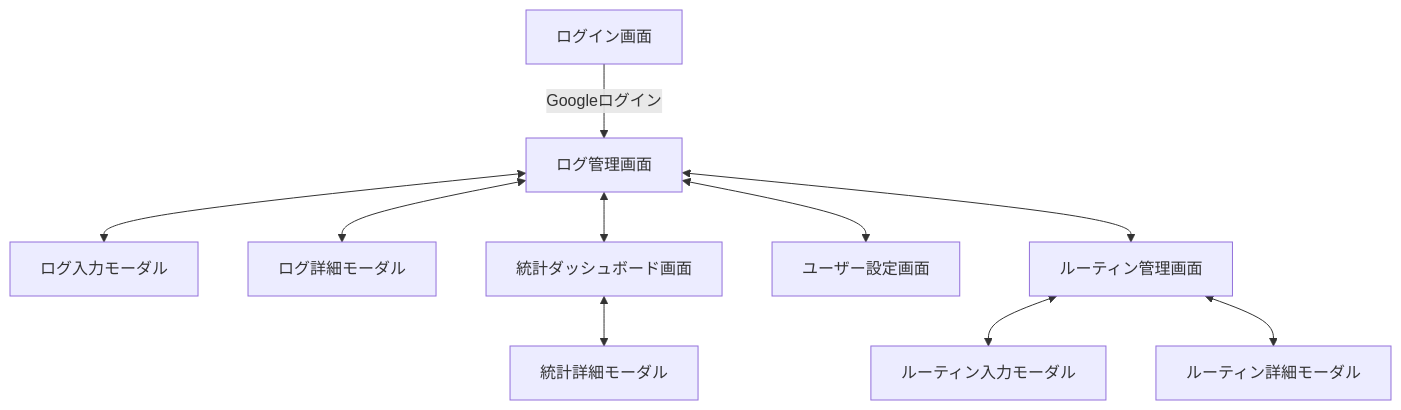
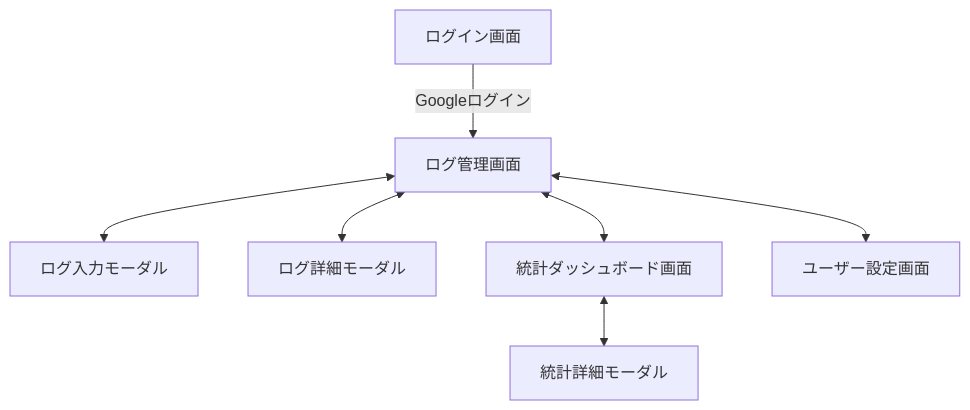
Before and after one commit to t-miura-024/lifro: the diagram in docs/design/画面遷移図.md, drawn with Mermaid. The commit also changed other lines of this file and 4 other files, not shown here.

````diff
--- a/docs/design/画面遷移図.md
+++ b/docs/design/画面遷移図.md
@@ -3,23 +2,17 @@
 ```mermaid
 graph TD;
     LoginScreen[ログイン画面]
     LogManagementScreen[ログ管理画面]
     LogInputModal[ログ入力モーダル]
     LogDetailModal[ログ詳細モーダル]
     StatisticsDashboardScreen[統計ダッシュボード画面]
     StatisticsDetailModal[統計詳細モーダル]
     UserSettingsScreen[ユーザー設定画面]
-    RoutineManagementScreen[ルーティン管理画面]
-    RoutineInputModal[ルーティン入力モーダル]
-    RoutineDetailModal[ルーティン詳細モーダル]
 
     LoginScreen -->|Googleログイン| LogManagementScreen
     LogManagementScreen <--> LogInputModal
     LogManagementScreen <--> LogDetailModal
     LogManagementScreen <--> StatisticsDashboardScreen
     LogManagementScreen <--> UserSettingsScreen
-    LogManagementScreen <--> RoutineManagementScreen
     StatisticsDashboardScreen <--> StatisticsDetailModal
-    RoutineManagementScreen <--> RoutineInputModal
-    RoutineManagementScreen <--> RoutineDetailModal
 ```
````
